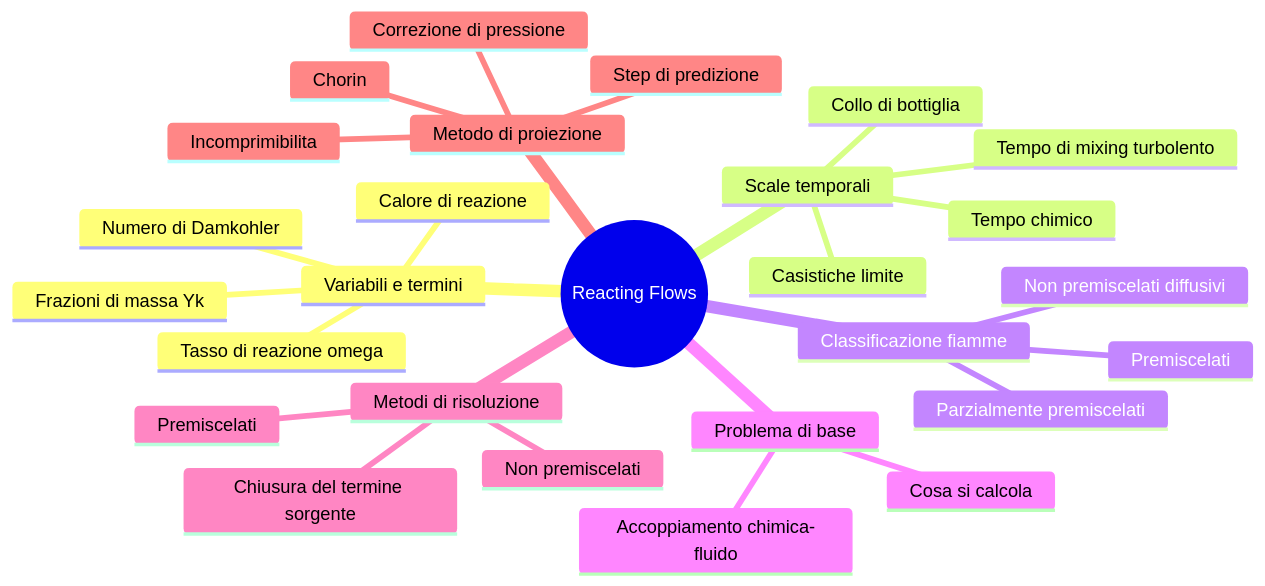
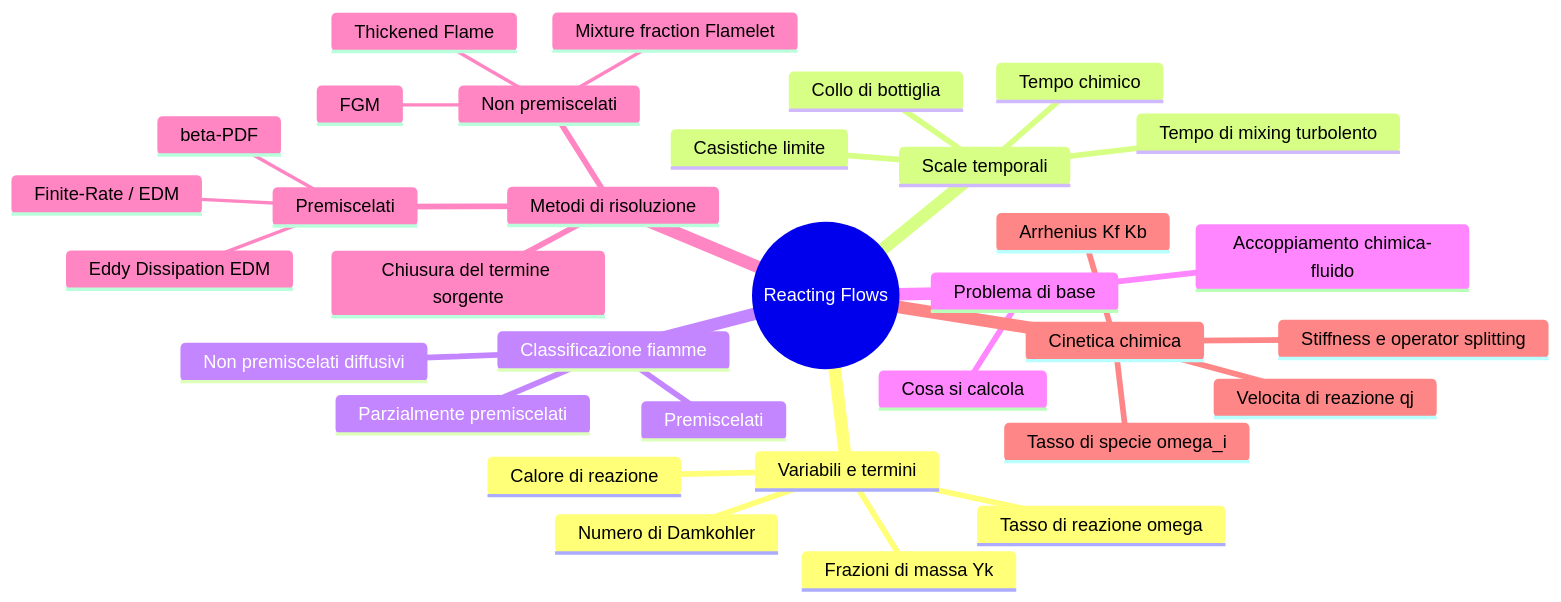
The diagram in Mermaid/06_reacting_flows.mmd (293459/SP), drawn with Mermaid before and after one commit.

Commit message:
mindmap reacting flows: rimuove Chorin (spostato nel report), aggiunge modelli e cinetica

```diff
--- a/Mermaid/06_reacting_flows.mmd
+++ b/Mermaid/06_reacting_flows.mmd
@@ -1,30 +1,36 @@
 %% Mappa mentale - Reacting Flows
 %% Pagina Notion attualmente vuota: struttura derivata dalle domande di teoria 1-6
 mindmap
   root((Reacting Flows))
     Variabili e termini
       Frazioni di massa Yk
       Tasso di reazione omega
       Calore di reazione
       Numero di Damkohler
     Scale temporali
       Tempo chimico
       Tempo di mixing turbolento
       Collo di bottiglia
       Casistiche limite
     Classificazione fiamme
       Premiscelati
       Non premiscelati diffusivi
       Parzialmente premiscelati
     Problema di base
       Cosa si calcola
       Accoppiamento chimica-fluido
     Metodi di risoluzione
       Premiscelati
+        Eddy Dissipation EDM
+        Finite-Rate / EDM
+        beta-PDF
       Non premiscelati
+        Mixture fraction Flamelet
+        FGM
+        Thickened Flame
       Chiusura del termine sorgente
-    Metodo di proiezione
-      Chorin
-      Step di predizione
-      Correzione di pressione
-      Incomprimibilita
+    Cinetica chimica
+      Arrhenius Kf Kb
+      Velocita di reazione qj
+      Tasso di specie omega_i
+      Stiffness e operator splitting
```
